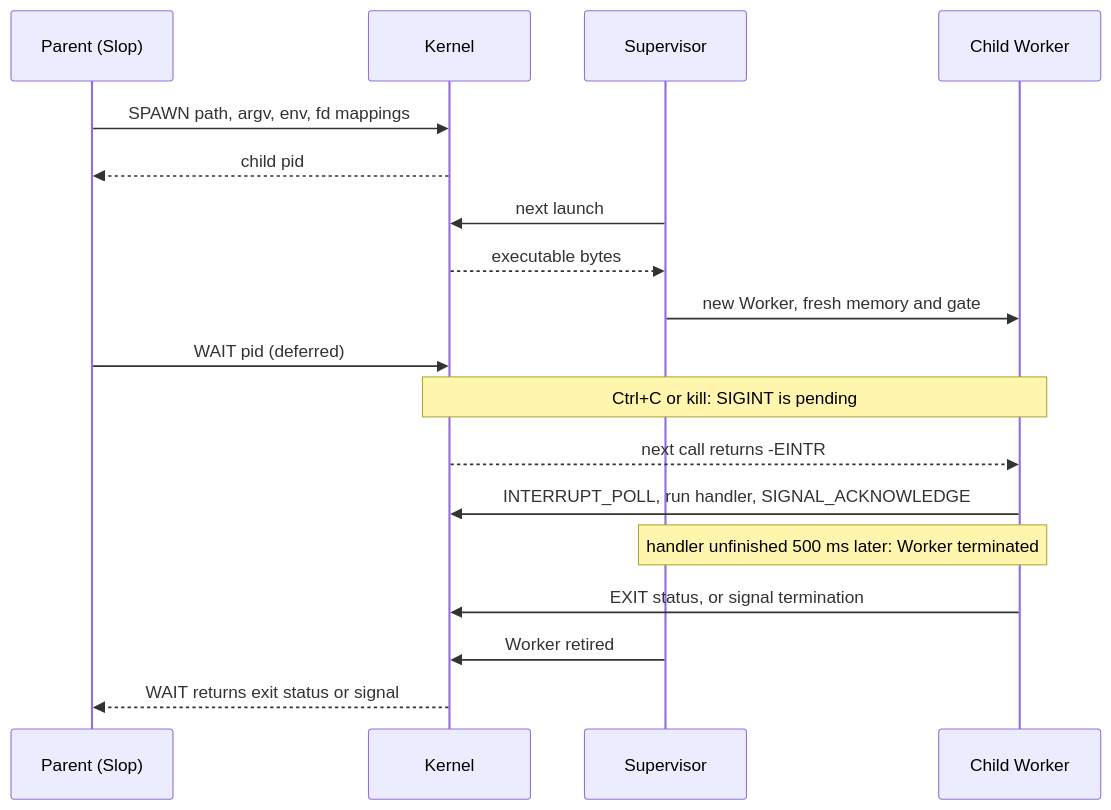
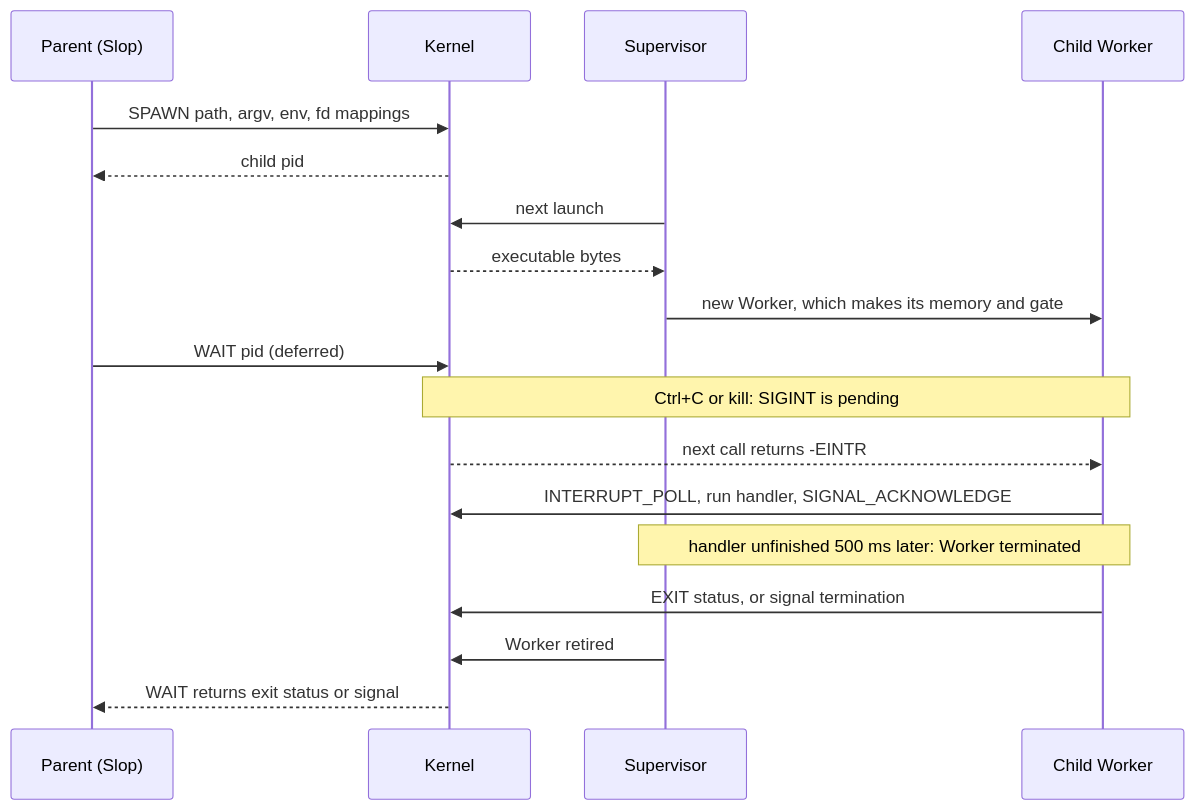
One commit to daugasauron/dolly changed the diagram in docs/process-model.md. Above: the diagram before and after it, drawn with Mermaid. The commit also changed other lines of this file and 27 other files, not shown here.

````diff
--- a/docs/process-model.md
+++ b/docs/process-model.md
@@ -10,20 +10,20 @@
 ```mermaid
 sequenceDiagram
   participant Sh as Parent (Slop)
   participant K as Kernel
   participant S as Supervisor
   participant C as Child Worker
   Sh->>K: SPAWN path, argv, env, fd mappings
   K-->>Sh: child pid
   S->>K: next launch
   K-->>S: executable bytes
-  S->>C: new Worker, fresh memory and gate
+  S->>C: new Worker, which makes its memory and gate
   Sh->>K: WAIT pid (deferred)
   Note over K,C: Ctrl+C or kill: SIGINT is pending
   K-->>C: next call returns -EINTR
   C->>K: INTERRUPT_POLL, run handler, SIGNAL_ACKNOWLEDGE
   Note over S,C: handler unfinished 500 ms later: Worker terminated
   C->>K: EXIT status, or signal termination
   S->>K: Worker retired
   K-->>Sh: WAIT returns exit status or signal
 ```
````
